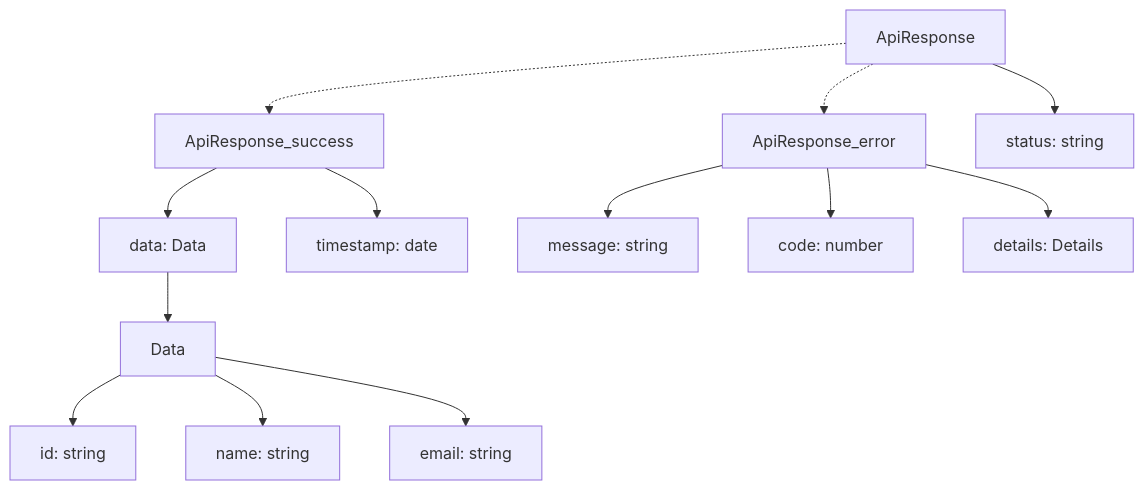
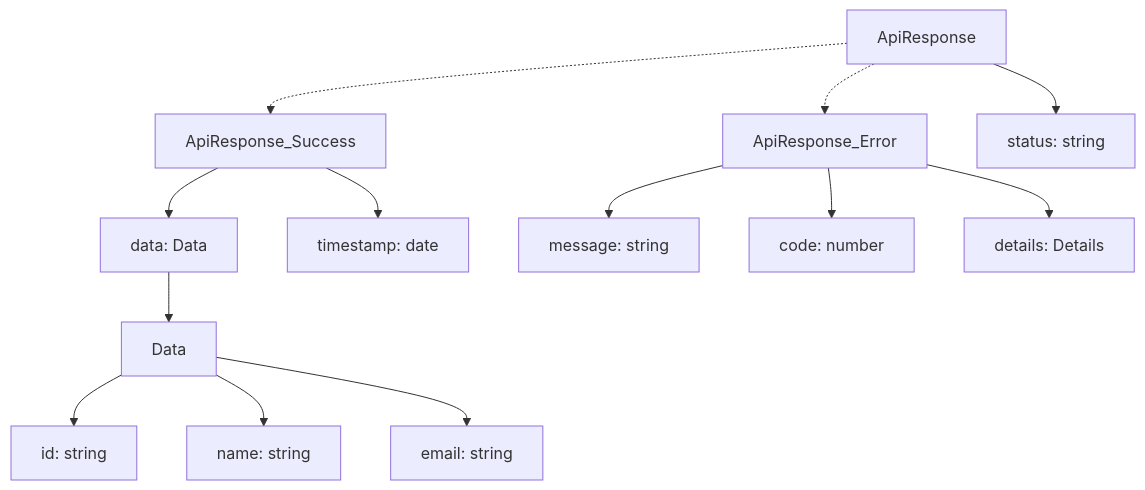
Before and after one commit to kothar/zod-mermaid: the tenth of 13 diagrams in examples/mermaid-examples.md, drawn with Mermaid. The commit also changed other lines of this file and 4 other files, not shown here.

````diff
--- a/examples/mermaid-examples.md
+++ b/examples/mermaid-examples.md
@@ -209,28 +209,28 @@
 ```mermaid
 flowchart TD
     ApiResponse["ApiResponse"]
-    ApiResponse_success["ApiResponse_success"]
+    ApiResponse_Success["ApiResponse_Success"]
     Data["Data"]
-    ApiResponse_error["ApiResponse_error"]
+    ApiResponse_Error["ApiResponse_Error"]
     ApiResponse_status["status: string"]
     ApiResponse --> ApiResponse_status["status: string"]
-    ApiResponse_success_data["data: Data"]
-    ApiResponse_success --> ApiResponse_success_data["data: Data"]
-    ApiResponse_success_data["data: Data"] --> Data
-    ApiResponse_success_timestamp["timestamp: date"]
-    ApiResponse_success --> ApiResponse_success_timestamp["timestamp: date"]
+    ApiResponse_Success_data["data: Data"]
+    ApiResponse_Success --> ApiResponse_Success_data["data: Data"]
+    ApiResponse_Success_data["data: Data"] --> Data
+    ApiResponse_Success_timestamp["timestamp: date"]
+    ApiResponse_Success --> ApiResponse_Success_timestamp["timestamp: date"]
     Data_id["id: string"]
     Data --> Data_id["id: string"]
     Data_name["name: string"]
     Data --> Data_name["name: string"]
     Data_email["email: string"]
     Data --> Data_email["email: string"]
-    ApiResponse_error_message["message: string"]
-    ApiResponse_error --> ApiResponse_error_message["message: string"]
-    ApiResponse_error_code["code: number"]
-    ApiResponse_error --> ApiResponse_error_code["code: number"]
-    ApiResponse_error_details["details: Details"]
-    ApiResponse_error --> ApiResponse_error_details["details: Details"]
-    ApiResponse -.-> ApiResponse_success
-    ApiResponse -.-> ApiResponse_error
+    ApiResponse_Error_message["message: string"]
+    ApiResponse_Error --> ApiResponse_Error_message["message: string"]
+    ApiResponse_Error_code["code: number"]
+    ApiResponse_Error --> ApiResponse_Error_code["code: number"]
+    ApiResponse_Error_details["details: Details"]
+    ApiResponse_Error --> ApiResponse_Error_details["details: Details"]
+    ApiResponse -.-> ApiResponse_Success
+    ApiResponse -.-> ApiResponse_Error
 ```
````
